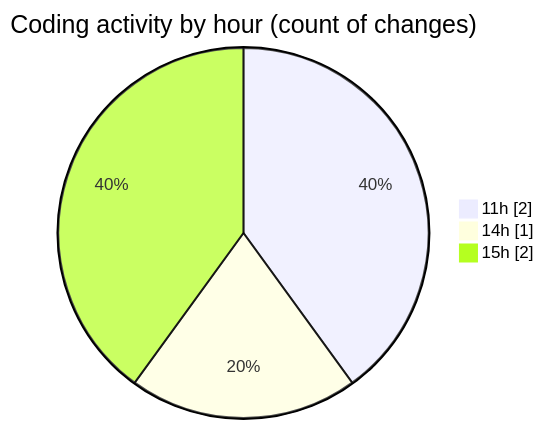
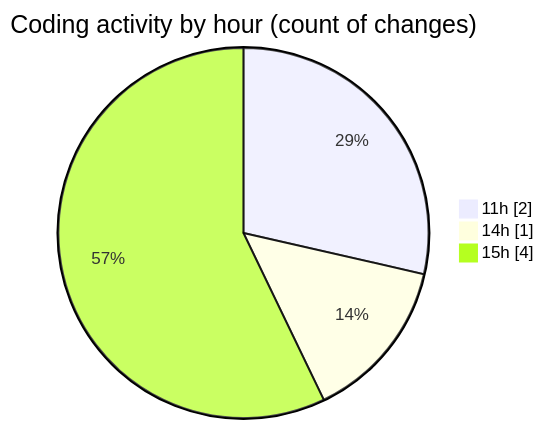
The second of 2 diagrams in 2025-12-30/nxtqube_webapp/README.md (nxtqubesakshisongat/code-tracking), drawn with Mermaid before and after one commit. The commit also changed other lines of this file and 1 other file, not shown here.

````diff
--- a/2025-12-30/nxtqube_webapp/README.md
+++ b/2025-12-30/nxtqube_webapp/README.md
@@ -31,7 +32,7 @@
 ```mermaid
 pie showData
 title Coding activity by hour (count of changes)
 "11h" : 2
 "14h" : 1
-"15h" : 2
+"15h" : 4
 ```
````
